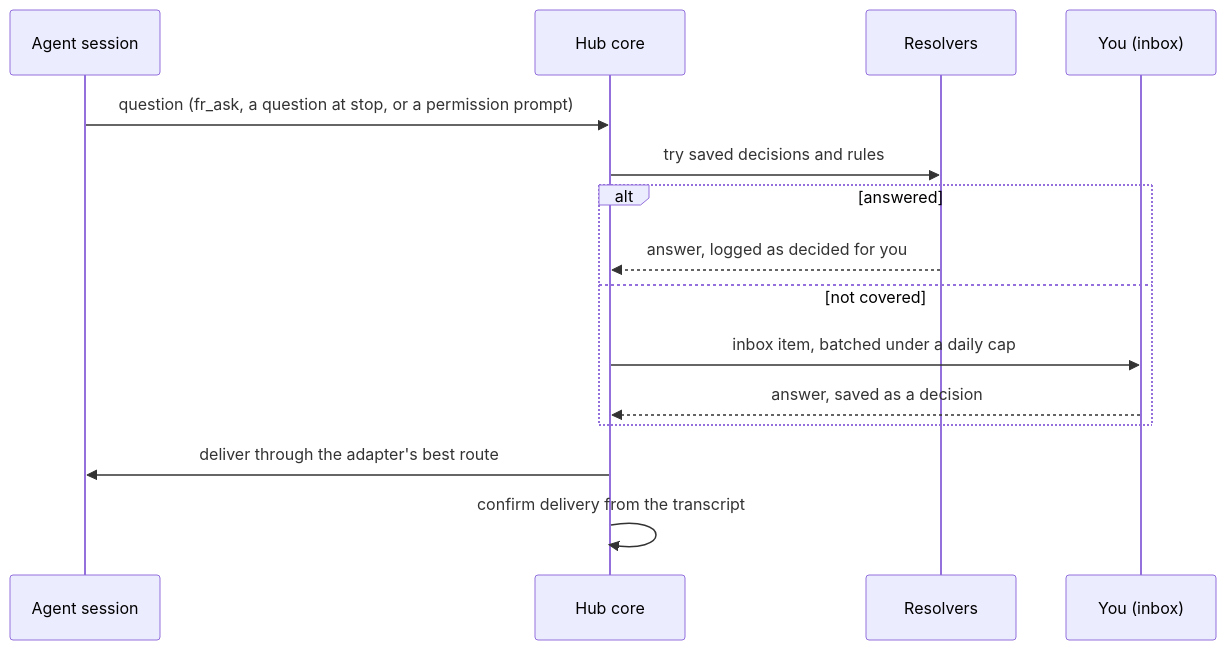
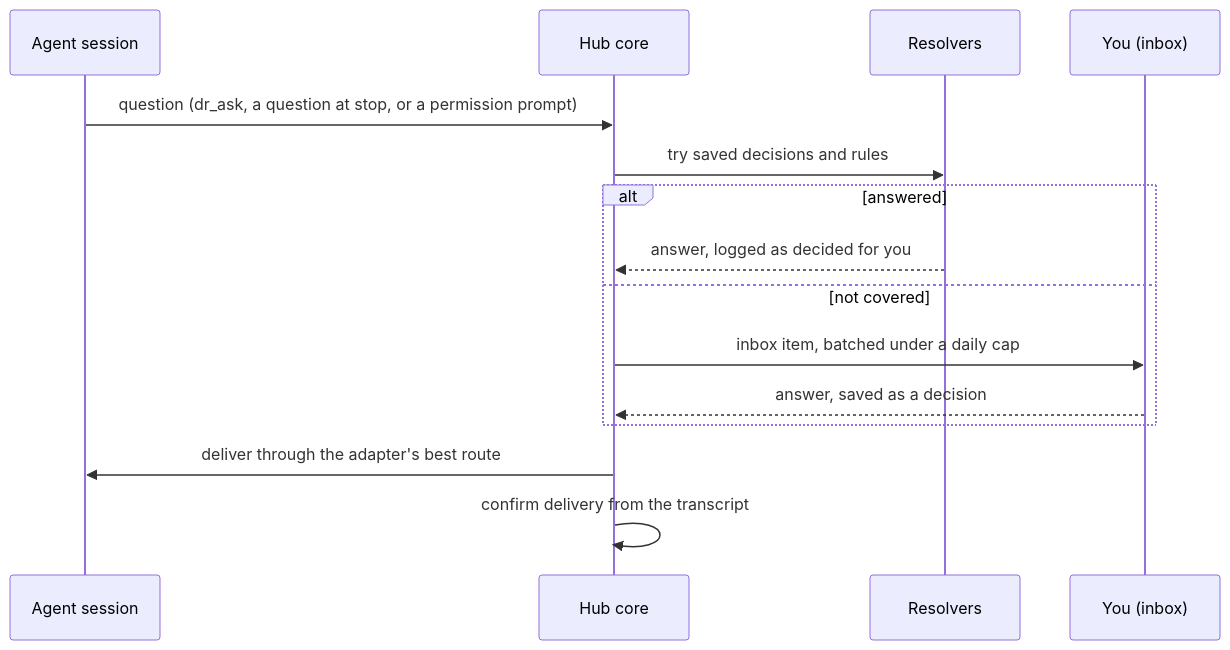
The third of 3 diagrams in docs/technical-design.md (windoliver/doneright), drawn with Mermaid before and after one commit. The commit also changed other lines of this file and 4 other files, not shown here.

````diff
--- a/docs/technical-design.md
+++ b/docs/technical-design.md
@@ -210,17 +212,17 @@
 ```mermaid
 sequenceDiagram
   participant A as Agent session
   participant C as Hub core
   participant R as Resolvers
   participant Y as You (inbox)
-  A->>C: question (fr_ask, a question at stop, or a permission prompt)
+  A->>C: question (dr_ask, a question at stop, or a permission prompt)
   C->>R: try saved decisions and rules
   alt answered
     R-->>C: answer, logged as decided for you
   else not covered
     C->>Y: inbox item, batched under a daily cap
     Y-->>C: answer, saved as a decision
   end
   C->>A: deliver through the adapter's best route
   C->>C: confirm delivery from the transcript
 ```
````
